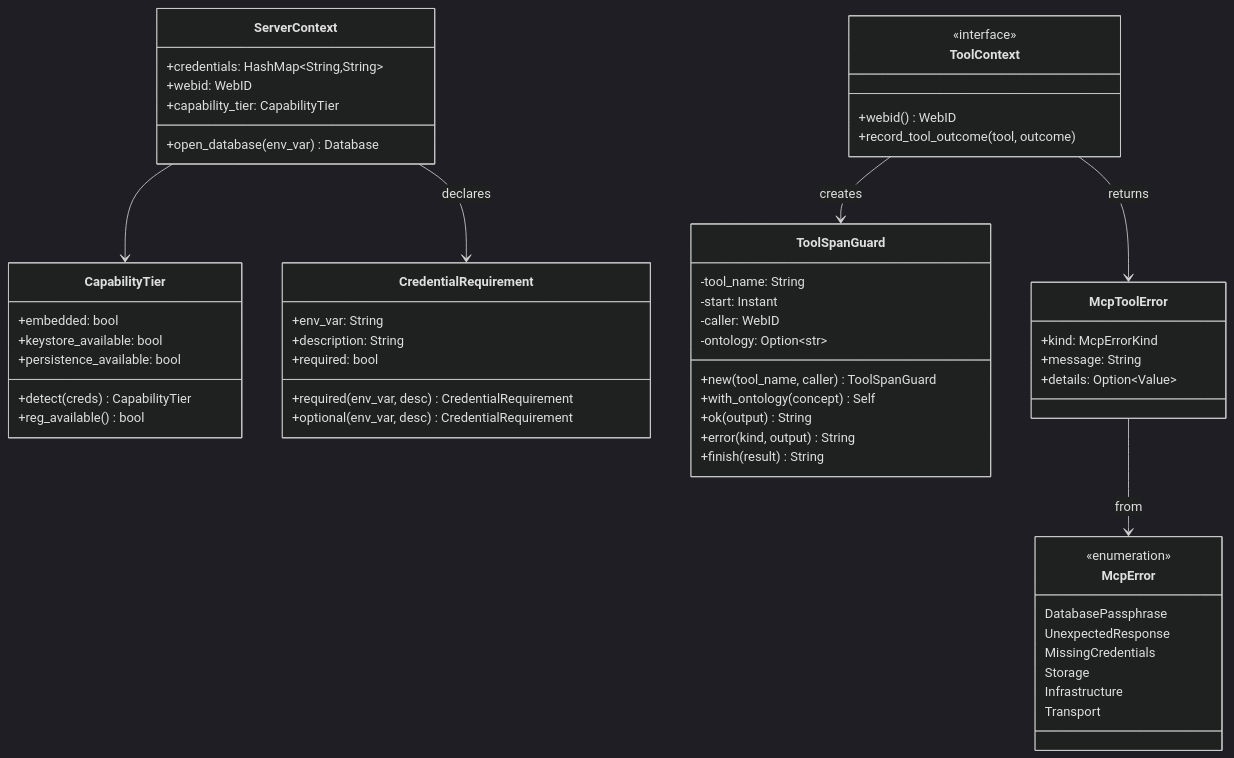
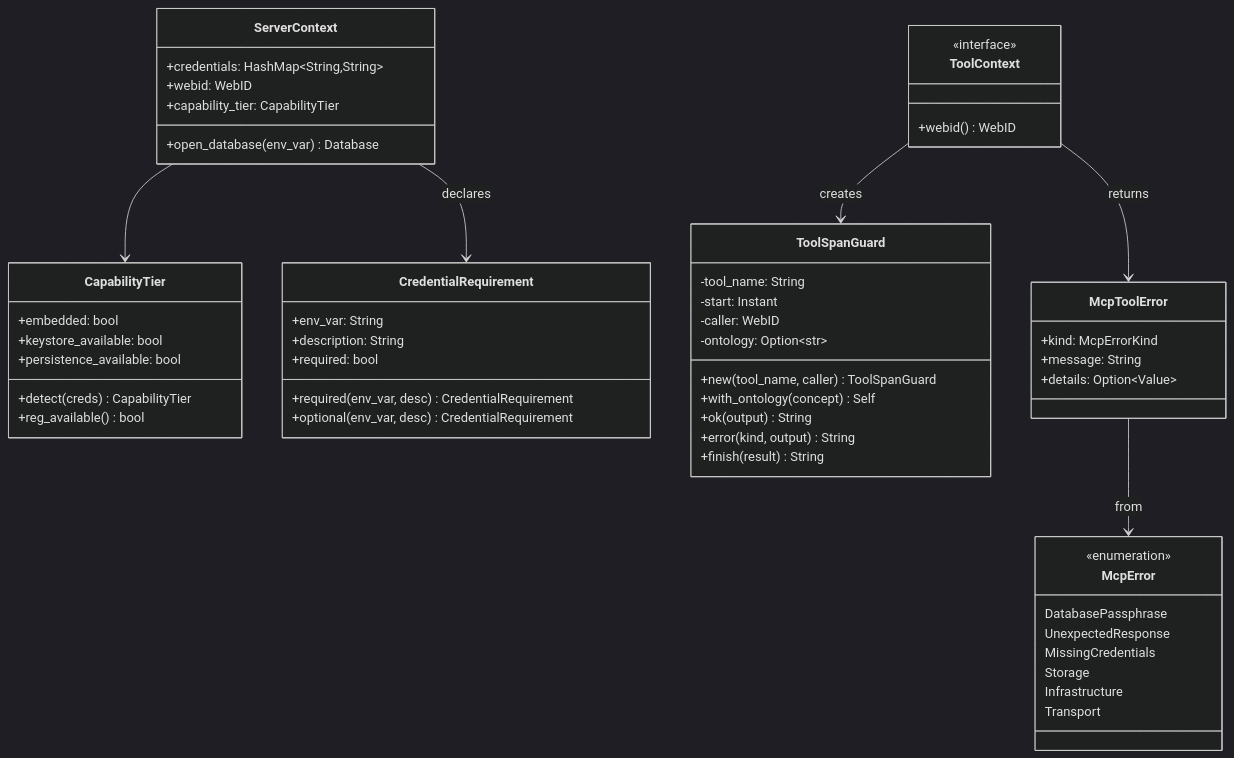
The diagram in kask/docs/diataxis/hkask-mcp-server/reference.md (mdz-axo/zed-kask), drawn with Mermaid (dark theme) before and after one commit. The commit also changed other lines of this file and 19 other files, not shown here.

First line of the commit message:
Remove record_tool_outcome hook, add cost tracking

````diff
--- a/kask/docs/diataxis/hkask-mcp-server/reference.md
+++ b/kask/docs/diataxis/hkask-mcp-server/reference.md
@@ -56,59 +60,58 @@
 ```mermaid
 classDiagram
     class ServerContext {
         +credentials: HashMap~String,String~
         +webid: WebID
         +capability_tier: CapabilityTier
         +open_database(env_var) Database
     }
     class CapabilityTier {
         +embedded: bool
         +keystore_available: bool
         +persistence_available: bool
         +detect(creds) CapabilityTier
         +reg_available() bool
     }
     class CredentialRequirement {
         +env_var: String
         +description: String
         +required: bool
         +required(env_var, desc) CredentialRequirement
         +optional(env_var, desc) CredentialRequirement
     }
     class ToolContext {
         <<interface>>
         +webid() WebID
-        +record_tool_outcome(tool, outcome)
     }
     class ToolSpanGuard {
         -tool_name: String
         -start: Instant
         -caller: WebID
         -ontology: Option~str~
         +new(tool_name, caller) ToolSpanGuard
         +with_ontology(concept) Self
         +ok(output) String
         +error(kind, output) String
         +finish(result) String
     }
     class McpToolError {
         +kind: McpErrorKind
         +message: String
         +details: Option~Value~
     }
     class McpError {
         <<enumeration>>
         DatabasePassphrase
         UnexpectedResponse
         MissingCredentials
         Storage
         Infrastructure
         Transport
     }
 
     ServerContext --> CapabilityTier
     ServerContext --> CredentialRequirement : declares
     ToolContext --> ToolSpanGuard : creates
     ToolContext --> McpToolError : returns
     McpToolError --> McpError : from
 ```
````
